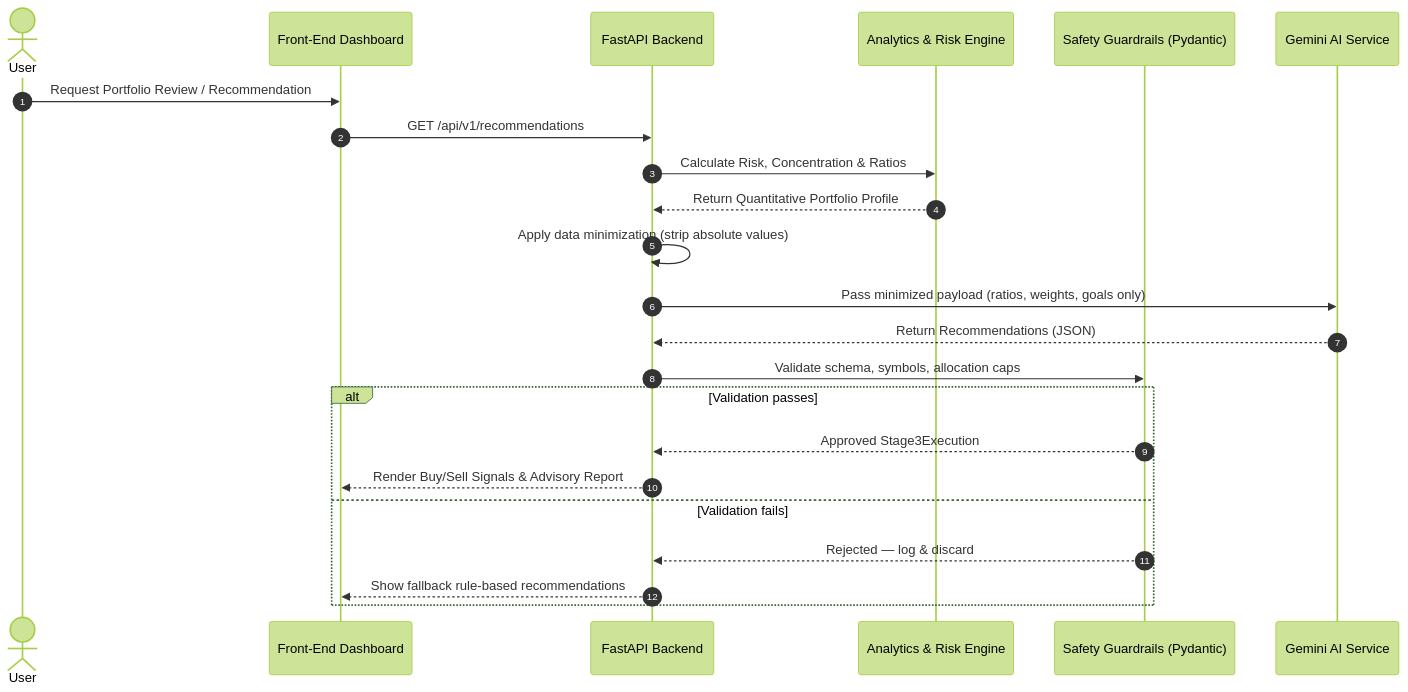
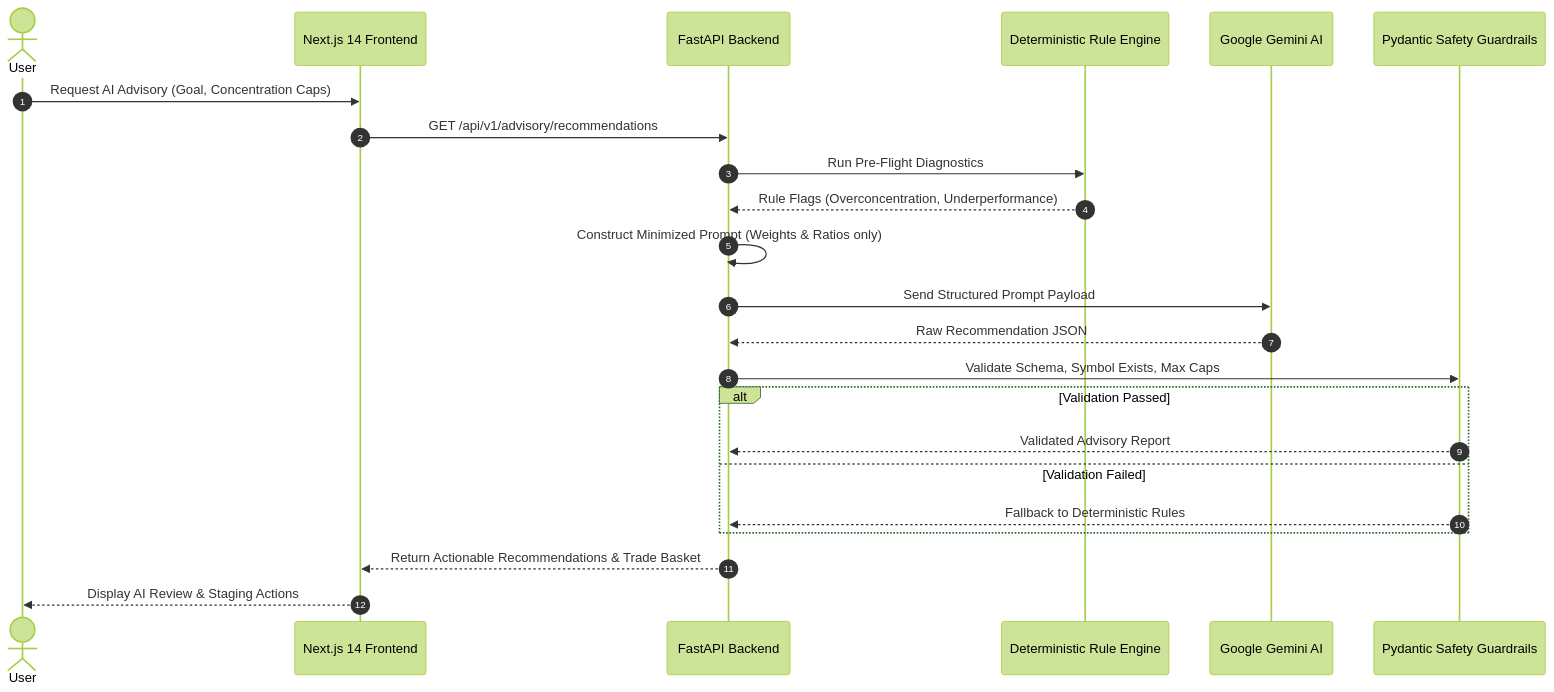
One commit to benoirajan/portfolio-assistant changed the third of 4 diagrams in docs/architecture/HLD.md. Above: the diagram before and after it, drawn with Mermaid (forest theme). The commit also changed other lines of this file and 10 other files, not shown here.

````diff
--- a/docs/architecture/HLD.md
+++ b/docs/architecture/HLD.md
@@ -174,26 +141,26 @@
 ```mermaid
 sequenceDiagram
     autonumber
     actor User
-    participant UI as Front-End Dashboard
+    participant UI as Next.js 14 Frontend
     participant Backend as FastAPI Backend
-    participant Engine as Analytics & Risk Engine
-    participant Guard as Safety Guardrails (Pydantic)
-    participant LLM as Gemini AI Service
+    participant RuleEngine as Deterministic Rule Engine
+    participant Gemini as Google Gemini AI
+    participant Guard as Pydantic Safety Guardrails
 
-    User->>UI: Request Portfolio Review / Recommendation
-    UI->>Backend: GET /api/v1/recommendations
-    Backend->>Engine: Calculate Risk, Concentration & Ratios
-    Engine-->>Backend: Return Quantitative Portfolio Profile
-    Backend->>Backend: Apply data minimization (strip absolute values)
-    Backend->>LLM: Pass minimized payload (ratios, weights, goals only)
-    LLM-->>Backend: Return Recommendations (JSON)
-    Backend->>Guard: Validate schema, symbols, allocation caps
-    alt Validation passes
-        Guard-->>Backend: Approved Stage3Execution
-        Backend-->>UI: Render Buy/Sell Signals & Advisory Report
-    else Validation fails
-        Guard-->>Backend: Rejected — log & discard
-        Backend-->>UI: Show fallback rule-based recommendations
+    User->>UI: Request AI Advisory (Goal, Concentration Caps)
+    UI->>Backend: GET /api/v1/advisory/recommendations
+    Backend->>RuleEngine: Run Pre-Flight Diagnostics
+    RuleEngine-->>Backend: Rule Flags (Overconcentration, Underperformance)
+    Backend->>Backend: Construct Minimized Prompt (Weights & Ratios only)
+    Backend->>Gemini: Send Structured Prompt Payload
+    Gemini-->>Backend: Raw Recommendation JSON
+    Backend->>Guard: Validate Schema, Symbol Exists, Max Caps
+    alt Validation Passed
+        Guard-->>Backend: Validated Advisory Report
+    else Validation Failed
+        Guard-->>Backend: Fallback to Deterministic Rules
     end
+    Backend-->>UI: Return Actionable Recommendations & Trade Basket
+    UI-->>User: Display AI Review & Staging Actions
 ```
````
